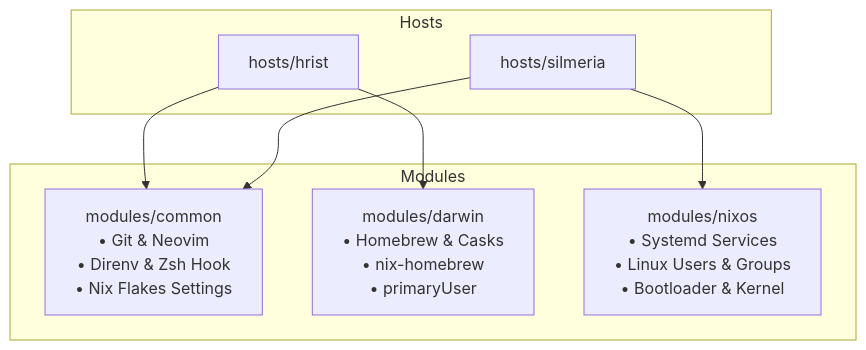
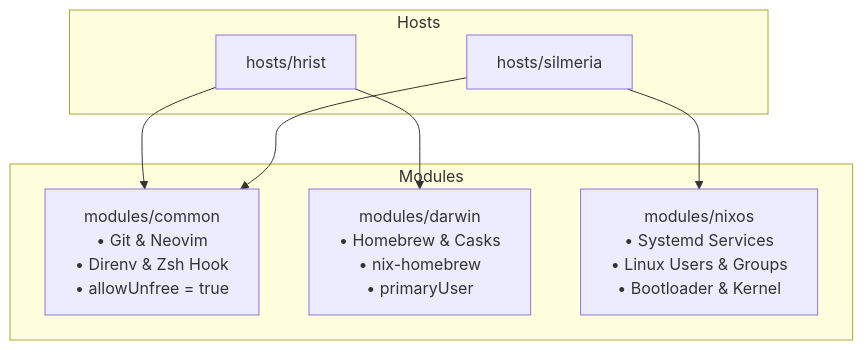
The diagram in README.md (mikaelsouza/nix-server), drawn with Mermaid before and after one commit. The commit also changed other lines of this file and 3 other files, not shown here.

````diff
--- a/README.md
+++ b/README.md
@@ -67,18 +70,18 @@
 ```mermaid
 graph TD
     subgraph Hosts
         H1[hosts/hrist]
         H2[hosts/silmeria]
     end
 
     subgraph Modules
-        MC[modules/common<br/>• Git & Neovim<br/>• Direnv & Zsh Hook<br/>• Nix Flakes Settings]
+        MC[modules/common<br/>• Git & Neovim<br/>• Direnv & Zsh Hook<br/>• allowUnfree = true]
         MD[modules/darwin<br/>• Homebrew & Casks<br/>• nix-homebrew<br/>• primaryUser]
         MN[modules/nixos<br/>• Systemd Services<br/>• Linux Users & Groups<br/>• Bootloader & Kernel]
     end
 
     H1 --> MC
     H1 --> MD
     H2 --> MC
     H2 --> MN
 ```
````
